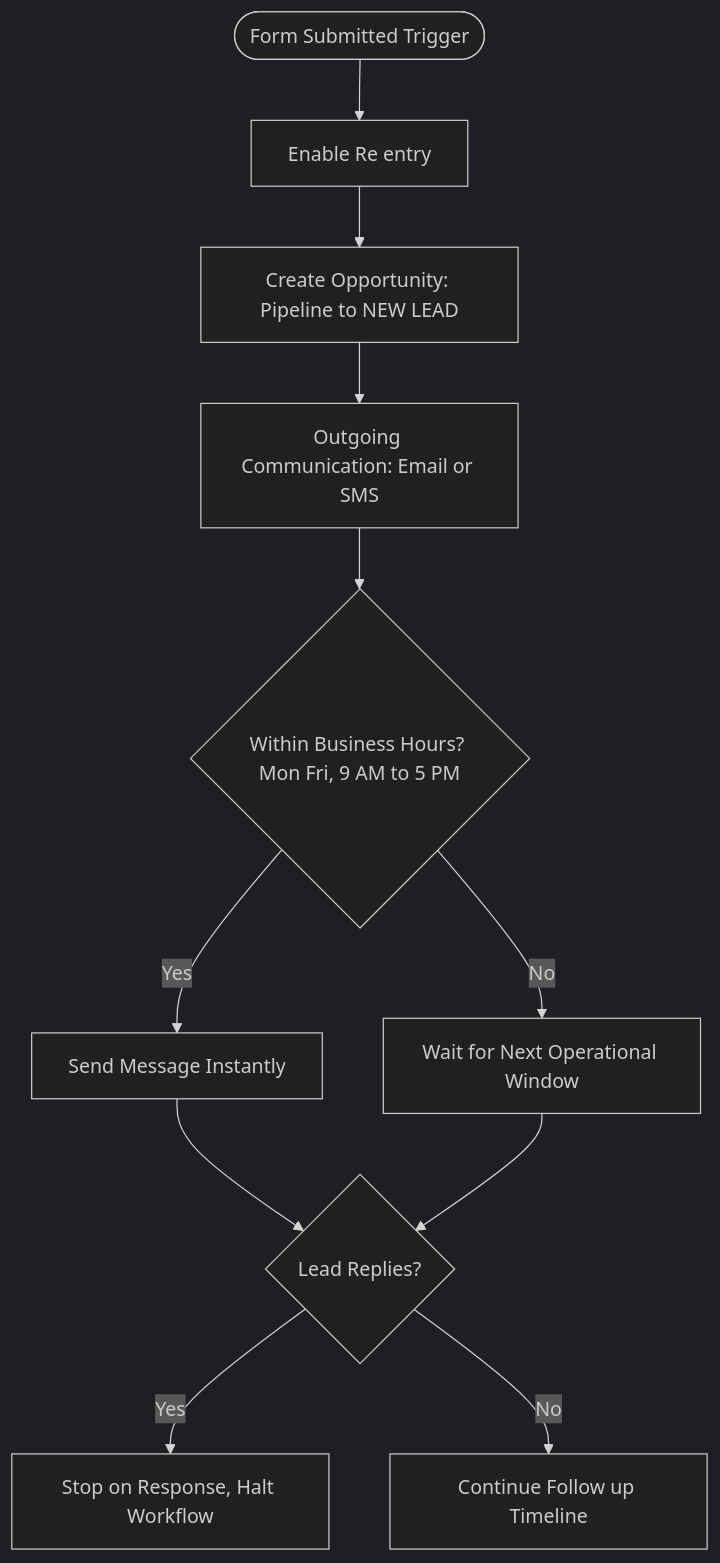
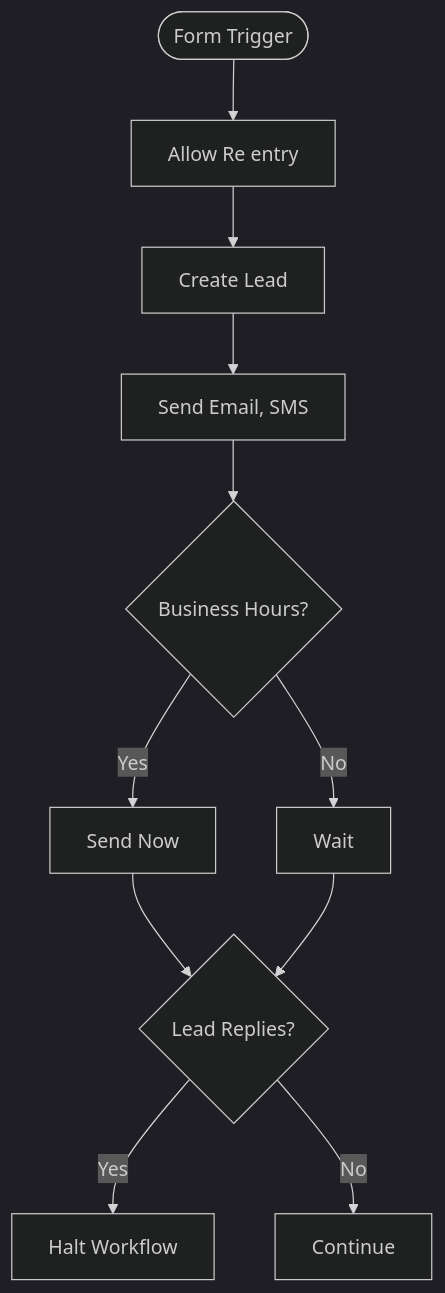
One commit to DerrickMits/ledger_article_site changed the second of 5 diagrams in content/articles/high-performance-gohighlevel-workflows.md. Above: the diagram before and after it, drawn with Mermaid (dark theme). The commit also changed other lines of this file, not shown here.

First line of the commit message:
Trim all mermaid node labels to max 3 words for perfect fit

````diff
--- a/content/articles/high-performance-gohighlevel-workflows.md
+++ b/content/articles/high-performance-gohighlevel-workflows.md
@@ -42,13 +42,13 @@
 ```mermaid
 flowchart TD
-    Start([Form Submitted Trigger]) --> Config[Enable Re entry]
-    Config --> Opp[Create Opportunity: Pipeline to NEW LEAD]
-    Opp --> Comm[Outgoing Communication: Email or SMS]
-    Comm --> Window{Within Business Hours? Mon Fri, 9 AM to 5 PM}
-    Window -->|Yes| Send[Send Message Instantly]
-    Window -->|No| Hold[Wait for Next Operational Window]
+    Start([Form Trigger]) --> Config[Allow Re entry]
+    Config --> Opp[Create Lead]
+    Opp --> Comm[Send Email, SMS]
+    Comm --> Window{Business Hours?}
+    Window -->|Yes| Send[Send Now]
+    Window -->|No| Hold[Wait]
     Send --> Monitor{Lead Replies?}
     Hold --> Monitor
-    Monitor -->|Yes| Stop[Stop on Response, Halt Workflow]
-    Monitor -->|No| End[Continue Follow up Timeline]
+    Monitor -->|Yes| Stop[Halt Workflow]
+    Monitor -->|No| End[Continue]
 ```
````
